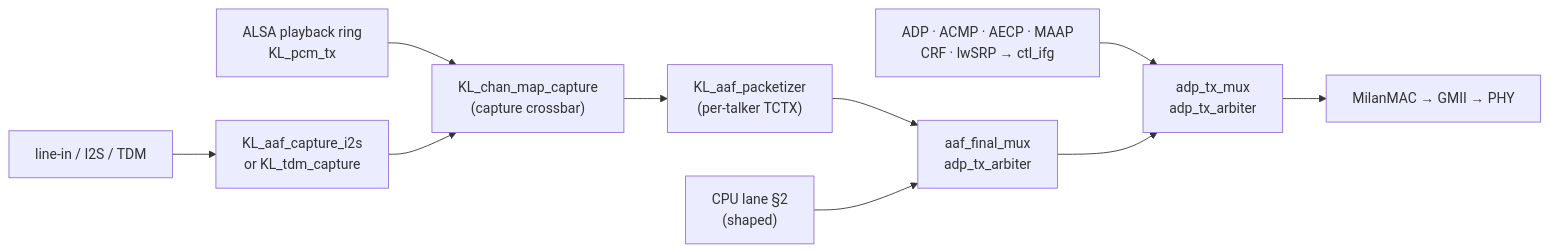
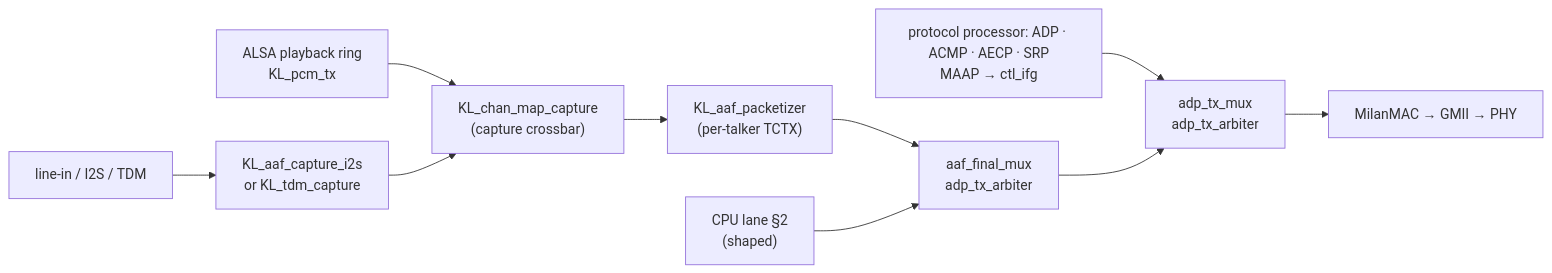
One commit to kebag-logic/milan-fpga changed the first of 3 diagrams in docs/fpga/DATAPLANE_WALKTHROUGH.md. Above: the diagram before and after it, drawn with Mermaid. The commit also changed other lines of this file and 15 other files, not shown here.

````diff
--- a/docs/fpga/DATAPLANE_WALKTHROUGH.md
+++ b/docs/fpga/DATAPLANE_WALKTHROUGH.md
@@ -60,12 +60,12 @@
 ```mermaid
 flowchart LR
     ADC["line-in / I2S / TDM"] --> CAP["KL_aaf_capture_i2s<br/>or KL_tdm_capture"]
     RING["ALSA playback ring<br/>KL_pcm_tx"] --> XBAR
     CAP --> XBAR["KL_chan_map_capture<br/>(capture crossbar)"]
     XBAR --> PKT["KL_aaf_packetizer<br/>(per-talker TCTX)"]
     PKT --> AMUX["aaf_final_mux<br/>adp_tx_arbiter"]
     CPU["CPU lane §2<br/>(shaped)"] --> AMUX
-    CTRL["ADP · ACMP · AECP · MAAP<br/>CRF · lwSRP → ctl_ifg"] --> TMUX
+    CTRL["protocol processor: ADP · ACMP · AECP · SRP<br/>MAAP → ctl_ifg"] --> TMUX
     AMUX --> TMUX["adp_tx_mux<br/>adp_tx_arbiter"]
     TMUX --> MAC["MilanMAC → GMII → PHY"]
 ```
````
